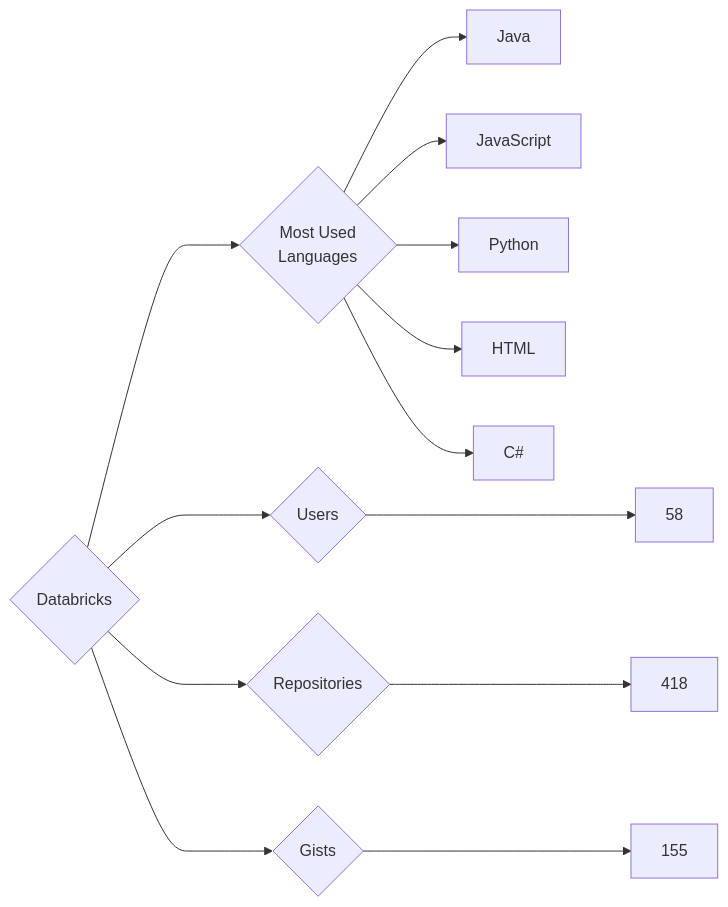
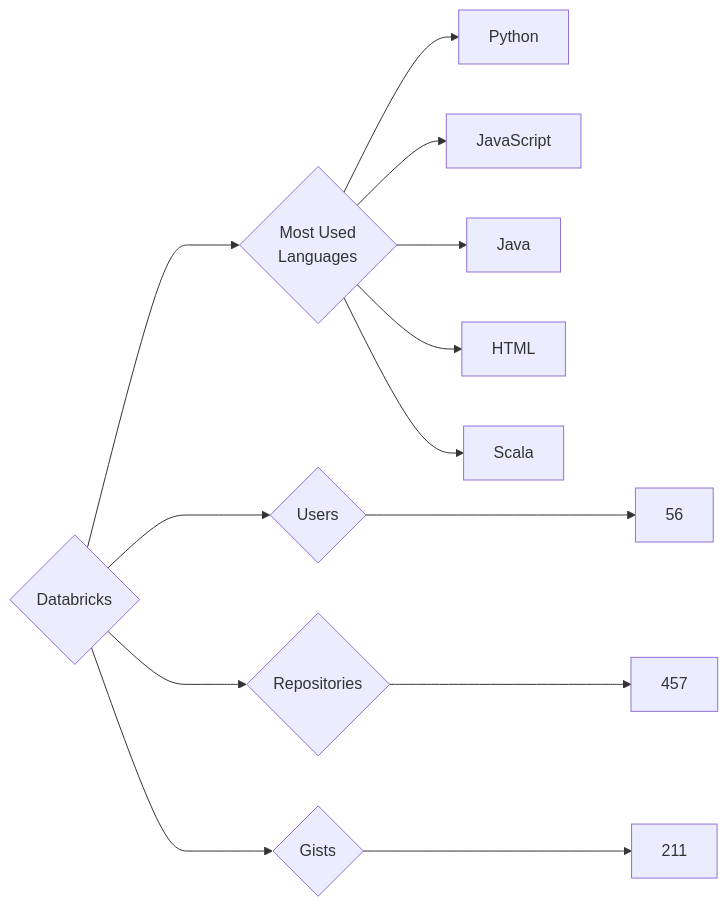
One commit to trickest/insiders changed the diagram in targets/Databricks/README.md. Above: the diagram before and after it, drawn with Mermaid. The commit also changed 912 other files, not shown here.

````diff
--- a/targets/Databricks/README.md
+++ b/targets/Databricks/README.md
@@ -3,13 +3,13 @@
 ```mermaid
 graph LR
 COMPANY_NAME{Databricks}
-COMPANY_NAME ---> U{Users} ---> UN[58]
-COMPANY_NAME ---> R{Repositories} ---> RN[418]
-COMPANY_NAME ---> G{Gists} ---> GN[155]
+COMPANY_NAME ---> U{Users} ---> UN[56]
+COMPANY_NAME ---> R{Repositories} ---> RN[457]
+COMPANY_NAME ---> G{Gists} ---> GN[211]
 COMPANY_NAME ---> ML{Most Used<br>Languages}
+ML --> Python[Python]
+ML --> JavaScript[JavaScript]
 ML --> Java[Java]
-ML --> JavaScript[JavaScript]
-ML --> Python[Python]
 ML --> HTML[HTML]
-ML --> C#[C#]
+ML --> Scala[Scala]
 ```
````
